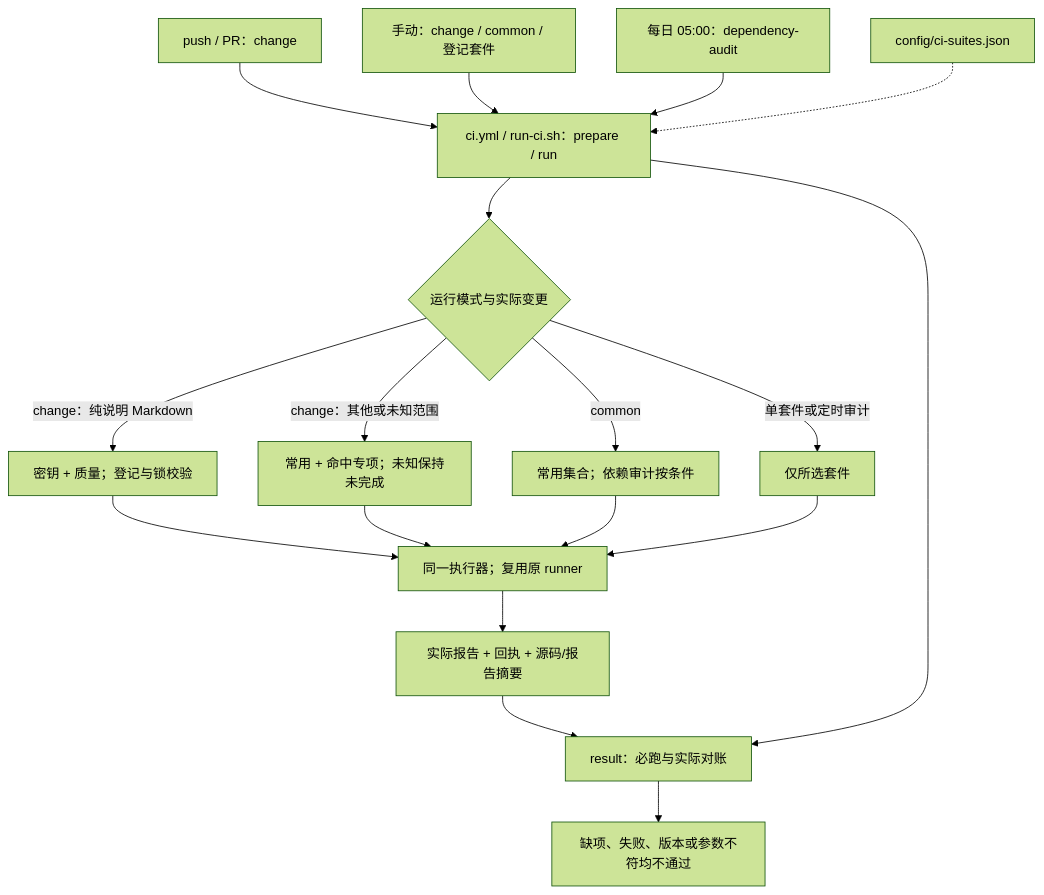
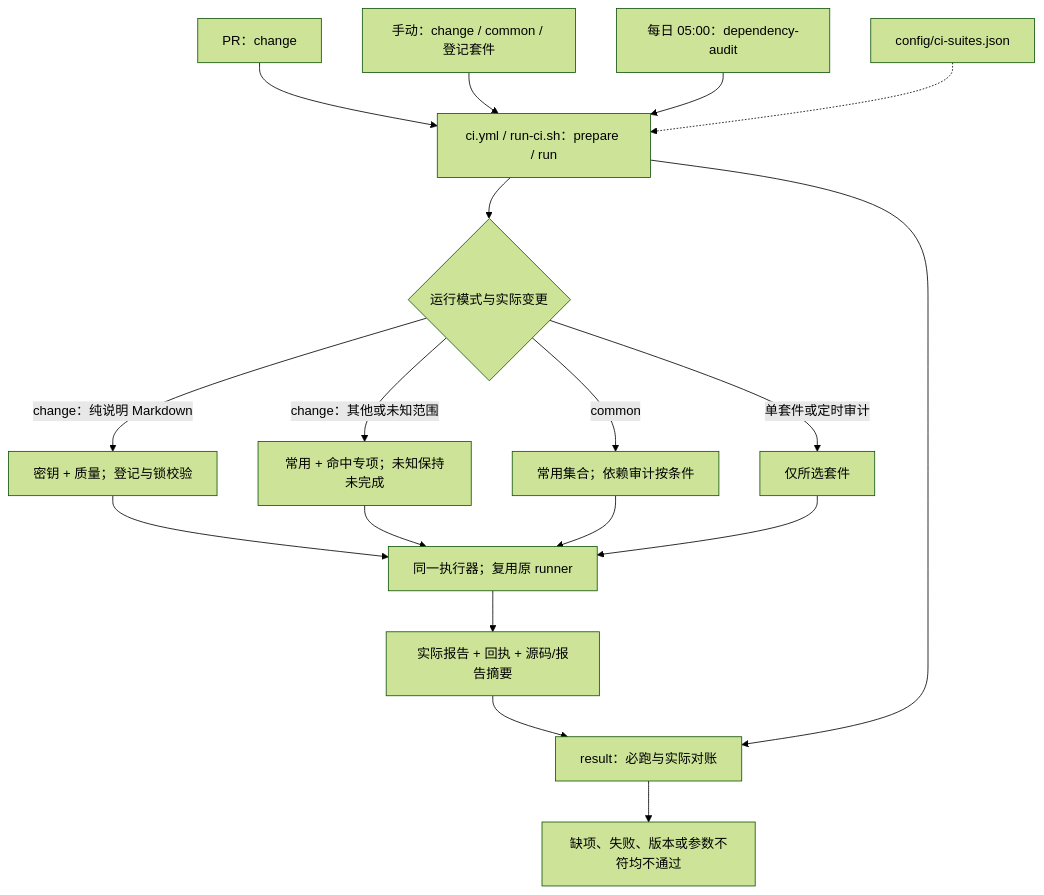
Before and after one commit to fulin-peng-ydxs/ai-stocks: the diagram in agent-works/architecture/continuous-integration.md, drawn with Mermaid (forest theme). The commit also changed other lines of this file and 3 other files, not shown here.

````diff
--- a/agent-works/architecture/continuous-integration.md
+++ b/agent-works/architecture/continuous-integration.md
@@ -27,20 +27,20 @@
   ```mermaid
   flowchart TD
-    Push["push / PR：change"] --> Plan["ci.yml / run-ci.sh：prepare / run"]
+    PR["PR：change"] --> Plan["ci.yml / run-ci.sh：prepare / run"]
     Manual["手动：change / common / 登记套件"] --> Plan
     Daily["每日 05:00：dependency-audit"] --> Plan
     Registry["config/ci-suites.json"] -.-> Plan
     Plan --> Mode{"运行模式与实际变更"}
     Mode -->|change：纯说明 Markdown| Light["密钥 + 质量；登记与锁校验"]
     Mode -->|change：其他或未知范围| Change["常用 + 命中专项；未知保持未完成"]
     Mode -->|common| Common["常用集合；依赖审计按条件"]
     Mode -->|单套件或定时审计| Single["仅所选套件"]
     Light --> Runner["同一执行器；复用原 runner"]
     Change --> Runner
     Common --> Runner
     Single --> Runner
     Runner --> Reports["实际报告 + 回执 + 源码/报告摘要"]
     Reports --> Result["result：必跑与实际对账"]
     Plan --> Result
     Result --> Gate["缺项、失败、版本或参数不符均不通过"]
   ```
````
